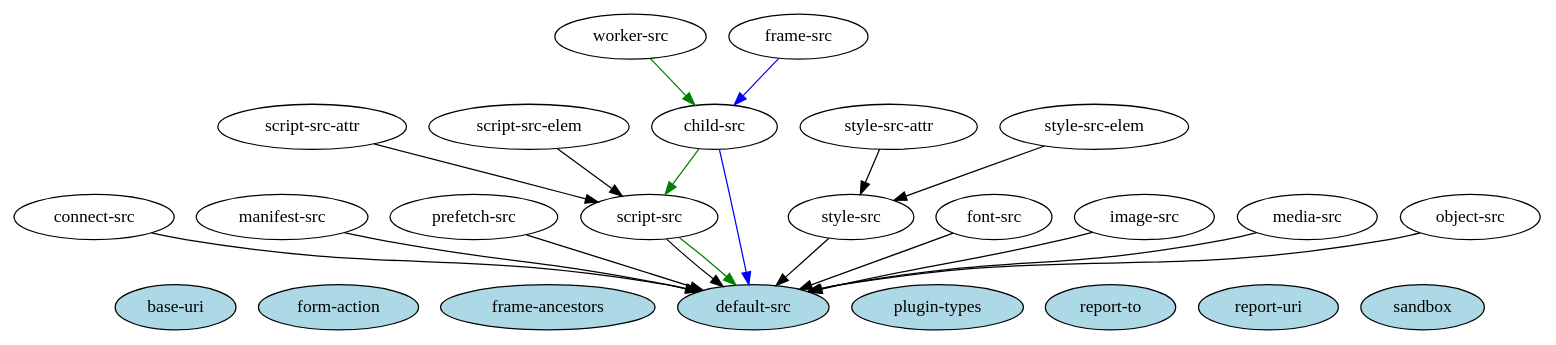
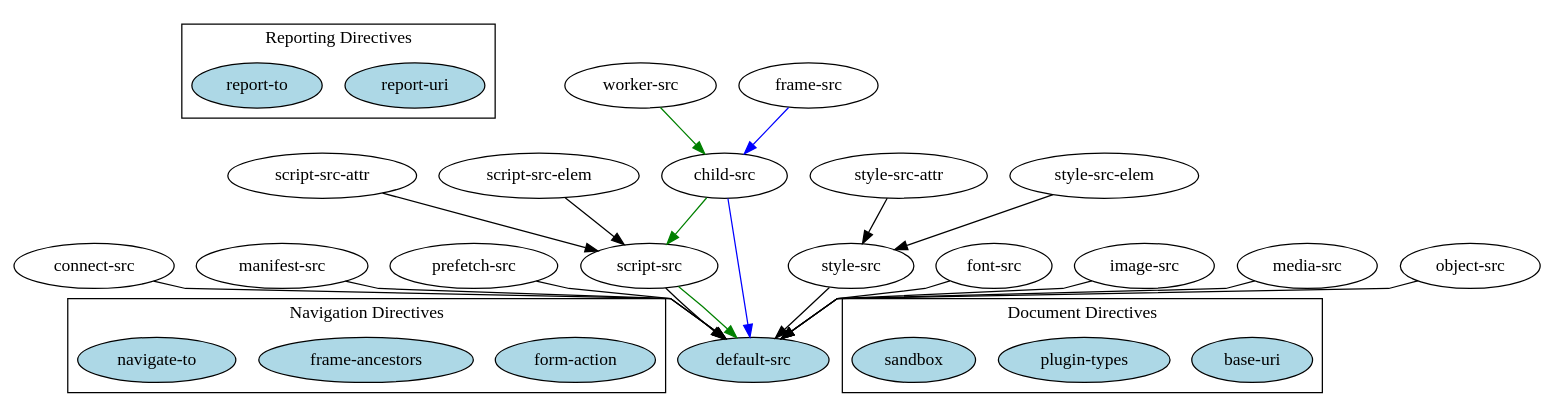
One commit to madblobfish/lib changed the diagram in dot/csp-directives-fallbackhierachy.dot. Above: the diagram before and after it, drawn with Graphviz. The commit also changed 1 other file, not shown here.

Commit message:
dot: csp-directives-fallbackhierachy.dot: more odering and also clustering

```diff
--- a/dot/csp-directives-fallbackhierachy.dot
+++ b/dot/csp-directives-fallbackhierachy.dot
@@ -1,33 +1,47 @@
 # as seen in the documentation
 # https://www.w3.org/TR/CSP3/#csp-directives
 # https://www.w3.org/TR/CSP3/#directive-fallback-list
-digraph {
+digraph G {
+	headlabel = "CSP Directives"
+	splines=polyline
+	newrank=true;
+	subgraph cluster_repd {
+		Node[style=filled,fillcolor=lightblue]
+		"report-uri"
+		"report-to"
+		label = "Reporting Directives"
+	}
 	{
 		rank=same
 		Node[style=filled,fillcolor=lightblue]
-		"base-uri"
-		"form-action"
-		"frame-ancestors"
+		subgraph cluster_navd {
+			"form-action"
+			"frame-ancestors"
+			"navigate-to"
+			label = "Navigation Directives"
+		}
 		"default-src"
-		"plugin-types"
-		"report-to"
-		"report-uri"
-		"sandbox"
+		subgraph cluster_docd {
+			"base-uri"
+			"plugin-types"
+			"sandbox"
+			label = "Document Directives"
+		}
 	}
 
 	"connect-src" -> "default-src"
 	"manifest-src" -> "default-src"
 	"prefetch-src" -> "default-src"
 	"script-src-attr" -> "script-src" -> "default-src"
 	"script-src-elem" -> "script-src" # -> "default-src"
 	"style-src-attr" -> "style-src" -> "default-src"
 	"style-src-elem" -> "style-src" # -> "default-src"
 	"font-src" -> "default-src"
 	"image-src" -> "default-src"
 	"media-src" -> "default-src"
 	"object-src" -> "default-src"
 	{ Edge[color=green]
 		"worker-src" -> "child-src" -> "script-src" -> "default-src"}
 	{ Edge[color=blue]
 		"frame-src" -> "child-src" -> "default-src"}
 }
```
